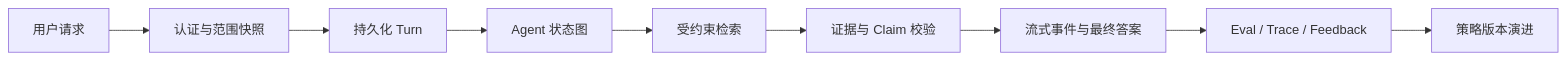
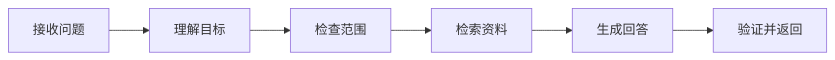
The first of 2 diagrams in docs/agent-practice/01-system-boundaries.md (upJiang/jiang-blog-vitepress), drawn with Mermaid before and after one commit. The commit also changed other lines of this file and 164 other files, not shown here.

````diff
--- a/docs/agent-practice/01-system-boundaries.md
+++ b/docs/agent-practice/01-system-boundaries.md
@@ -48,11 +74,8 @@
 ```mermaid
 flowchart LR
-  U[用户请求] --> A[认证与范围快照]
-  A --> T[持久化 Turn]
-  T --> G[Agent 状态图]
-  G --> R[受约束检索]
-  R --> E[证据与 Claim 校验]
-  E --> O[流式事件与最终答案]
-  O --> V[Eval / Trace / Feedback]
-  V --> P[策略版本演进]
+  A[接收问题] --> B[理解目标]
+  B --> C[检查范围]
+  C --> D[检索资料]
+  D --> E[生成回答]
+  E --> F[验证并返回]
 ```
````
